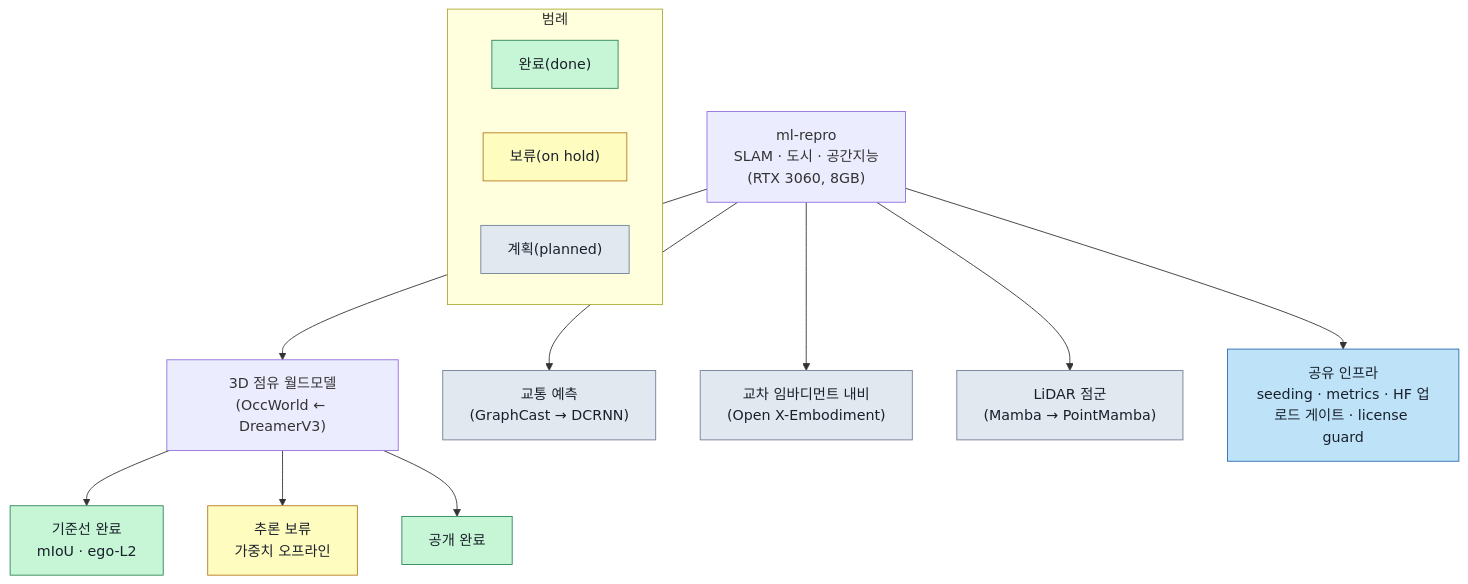
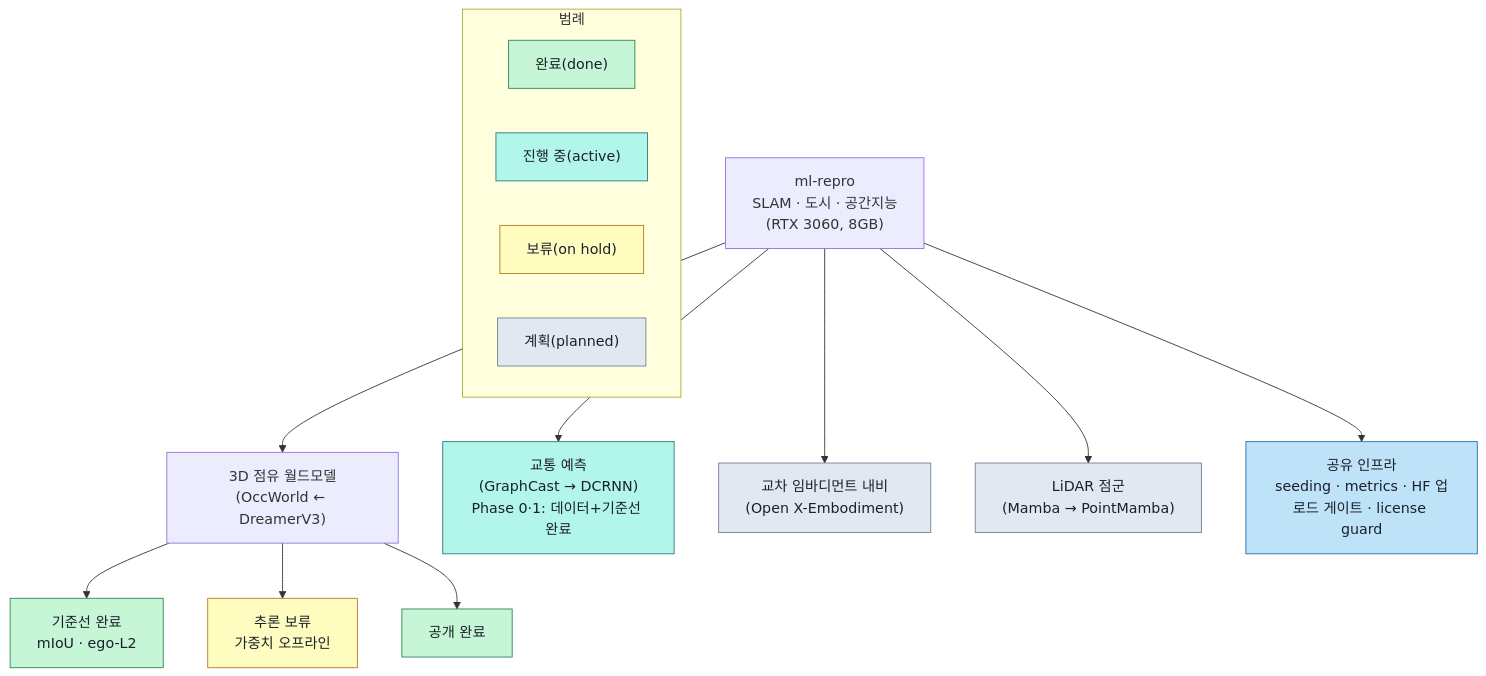
The first of 2 diagrams in README.ko.md (urbsn4i-sw/ml-repro), drawn with Mermaid before and after one commit. The commit also changed other lines of this file and 1 other file, not shown here.

First line of the commit message:
docs: sync root README (EN/KO) — traffic task status matches reality

````diff
--- a/README.ko.md
+++ b/README.ko.md
@@ -18,26 +18,28 @@
 ```mermaid
 flowchart TB
   root["ml-repro<br/>SLAM · 도시 · 공간지능<br/>(RTX 3060, 8GB)"]
 
   root --> occ["3D 점유 월드모델<br/>(OccWorld ← DreamerV3)"]
   occ --> occ1["기준선 완료<br/>mIoU · ego-L2"]:::done
   occ --> occ2["추론 보류<br/>가중치 오프라인"]:::onhold
   occ --> occ3["공개 완료"]:::done
 
-  root --> t1["교통 예측<br/>(GraphCast → DCRNN)"]:::planned
+  root --> t1["교통 예측<br/>(GraphCast → DCRNN)<br/>Phase 0·1: 데이터+기준선 완료"]:::active
   root --> t2["교차 임바디먼트 내비<br/>(Open X-Embodiment)"]:::planned
   root --> t3["LiDAR 점군<br/>(Mamba → PointMamba)"]:::planned
 
   root --> infra["공유 인프라<br/>seeding · metrics · HF 업로드 게이트 · license guard"]:::infra
 
   subgraph Legend["범례"]
     Ld["완료(done)"]:::done
+    La["진행 중(active)"]:::active
     Lh["보류(on hold)"]:::onhold
     Lp["계획(planned)"]:::planned
   end
 
   classDef done fill:#c6f6d5,stroke:#2f855a,color:#1a202c;
+  classDef active fill:#b2f5ea,stroke:#2c7a7b,color:#1a202c;
   classDef onhold fill:#fefcbf,stroke:#b7791f,color:#1a202c;
   classDef planned fill:#e2e8f0,stroke:#718096,color:#1a202c;
   classDef infra fill:#bee3f8,stroke:#2b6cb0,color:#1a202c;
 ```
````
